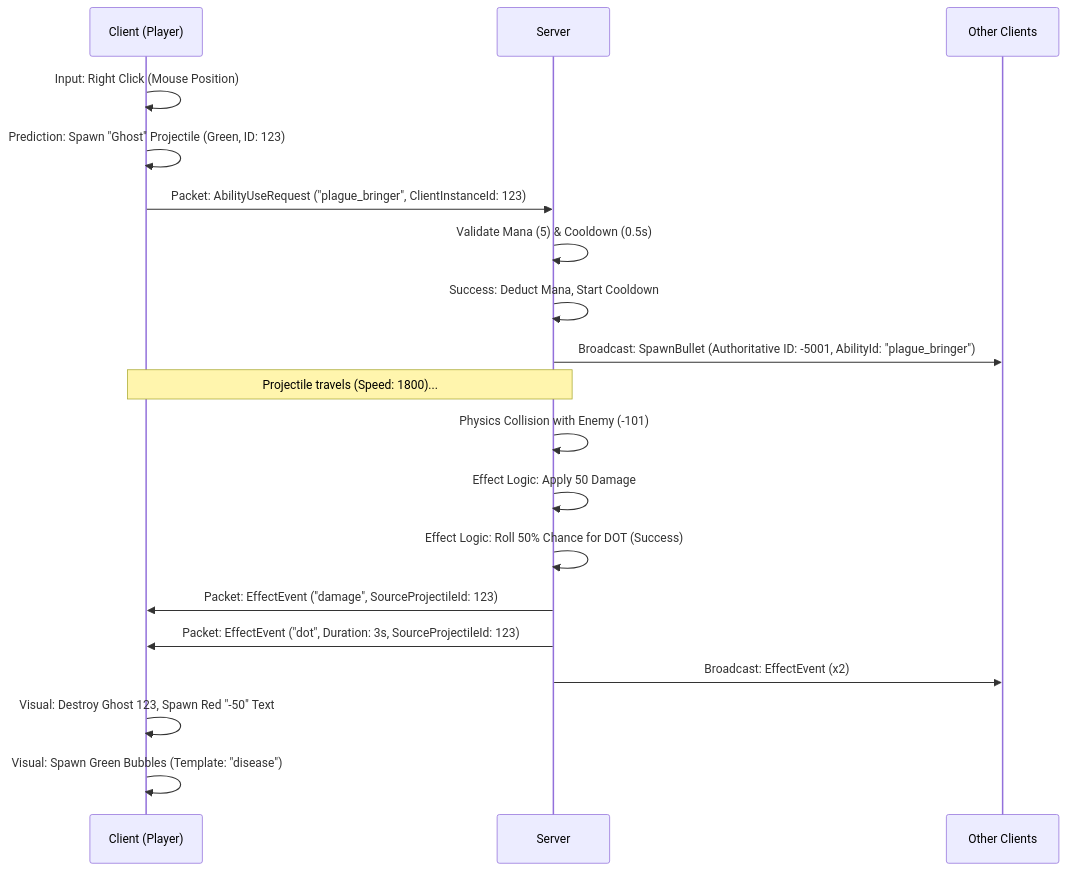
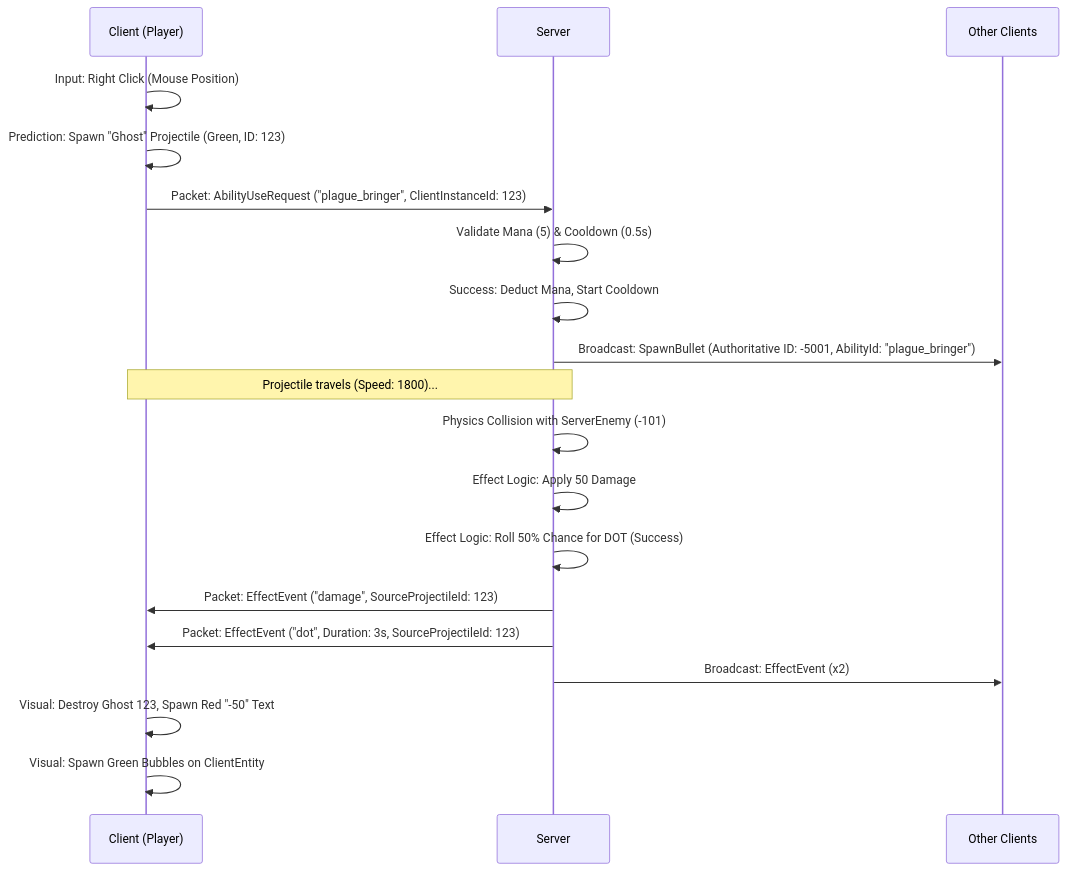
The first of 2 diagrams in Docs/ABILITY_SPEC.md (seand88/lastlight), drawn with Mermaid before and after one commit. The commit also changed other lines of this file and 62 other files, not shown here.

````diff
--- a/Docs/ABILITY_SPEC.md
+++ b/Docs/ABILITY_SPEC.md
@@ -42,27 +42,27 @@
 ```mermaid
 sequenceDiagram
     participant C as Client (Player)
     participant S as Server
     participant O as Other Clients
 
     C->>C: Input: Right Click (Mouse Position)
     C->>C: Prediction: Spawn "Ghost" Projectile (Green, ID: 123)
     C->>S: Packet: AbilityUseRequest ("plague_bringer", ClientInstanceId: 123)
     
     S->>S: Validate Mana (5) & Cooldown (0.5s)
     S->>S: Success: Deduct Mana, Start Cooldown
     S->>O: Broadcast: SpawnBullet (Authoritative ID: -5001, AbilityId: "plague_bringer")
     
     Note over C,S: Projectile travels (Speed: 1800)...
     
-    S->>S: Physics Collision with Enemy (-101)
+    S->>S: Physics Collision with ServerEnemy (-101)
     S->>S: Effect Logic: Apply 50 Damage
     S->>S: Effect Logic: Roll 50% Chance for DOT (Success)
     
     S->>C: Packet: EffectEvent ("damage", SourceProjectileId: 123)
     S->>C: Packet: EffectEvent ("dot", Duration: 3s, SourceProjectileId: 123)
     S->>O: Broadcast: EffectEvent (x2)
     
     C->>C: Visual: Destroy Ghost 123, Spawn Red "-50" Text
-    C->>C: Visual: Spawn Green Bubbles (Template: "disease")
+    C->>C: Visual: Spawn Green Bubbles on ClientEntity
 ```
````
